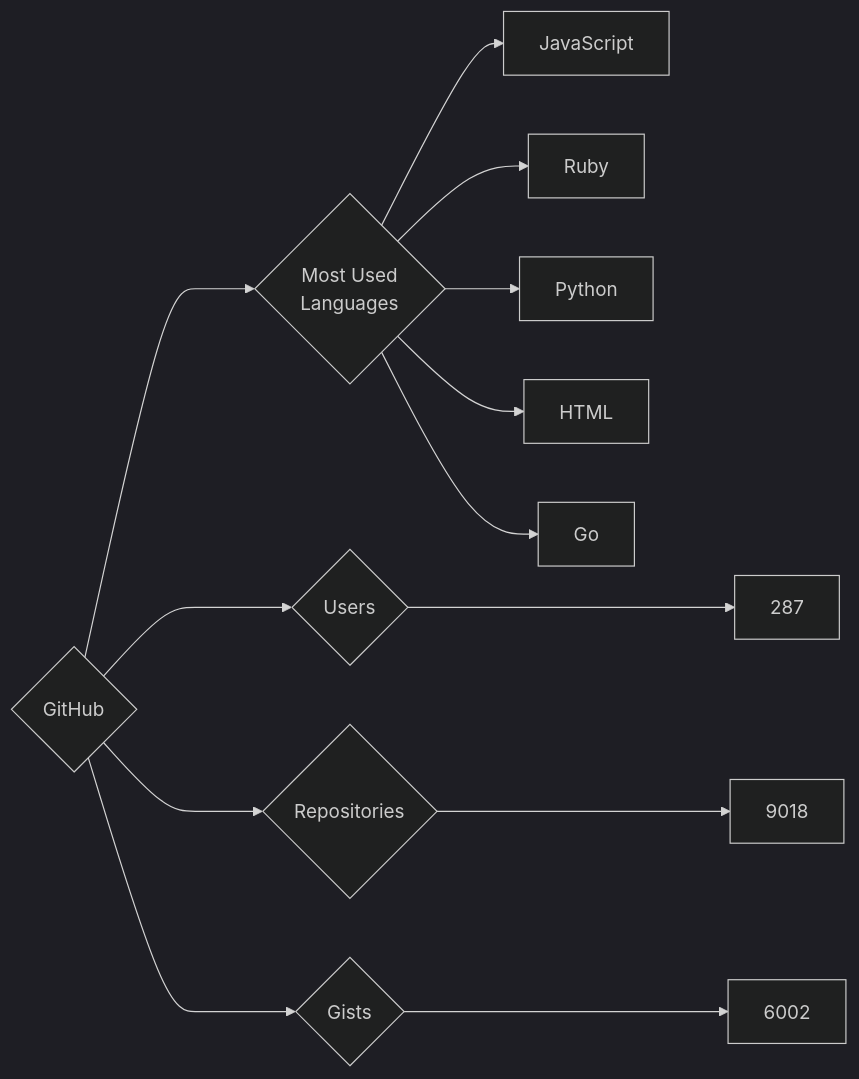
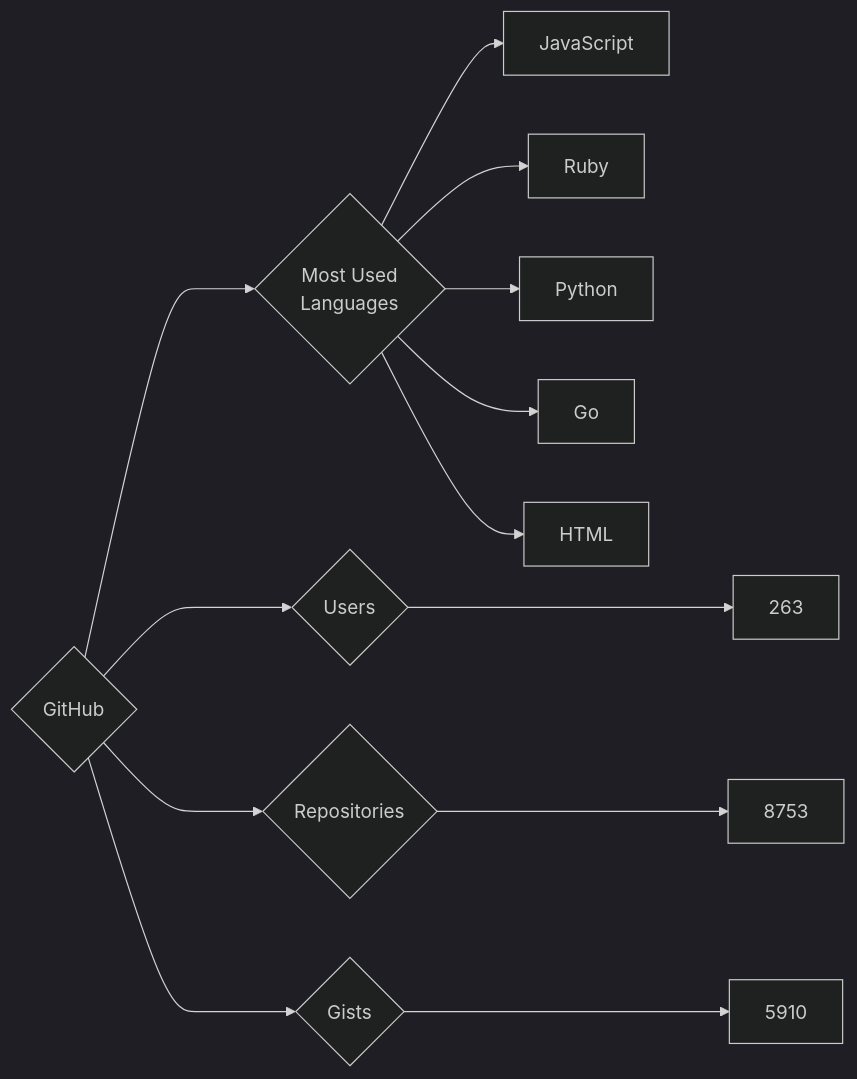
One commit to trickest/insiders changed the diagram in targets/GitHub/README.md. Above: the diagram before and after it, drawn with Mermaid (dark theme). The commit also changed 714 other files, not shown here.

````diff
--- a/targets/GitHub/README.md
+++ b/targets/GitHub/README.md
@@ -3,13 +3,13 @@
 ```mermaid
 graph LR
 COMPANY_NAME{GitHub}
-COMPANY_NAME ---> U{Users} ---> UN[287]
-COMPANY_NAME ---> R{Repositories} ---> RN[9018]
-COMPANY_NAME ---> G{Gists} ---> GN[6002]
+COMPANY_NAME ---> U{Users} ---> UN[263]
+COMPANY_NAME ---> R{Repositories} ---> RN[8753]
+COMPANY_NAME ---> G{Gists} ---> GN[5910]
 COMPANY_NAME ---> ML{Most Used<br>Languages}
 ML --> JavaScript[JavaScript]
 ML --> Ruby[Ruby]
 ML --> Python[Python]
+ML --> Go[Go]
 ML --> HTML[HTML]
-ML --> Go[Go]
 ```
````
